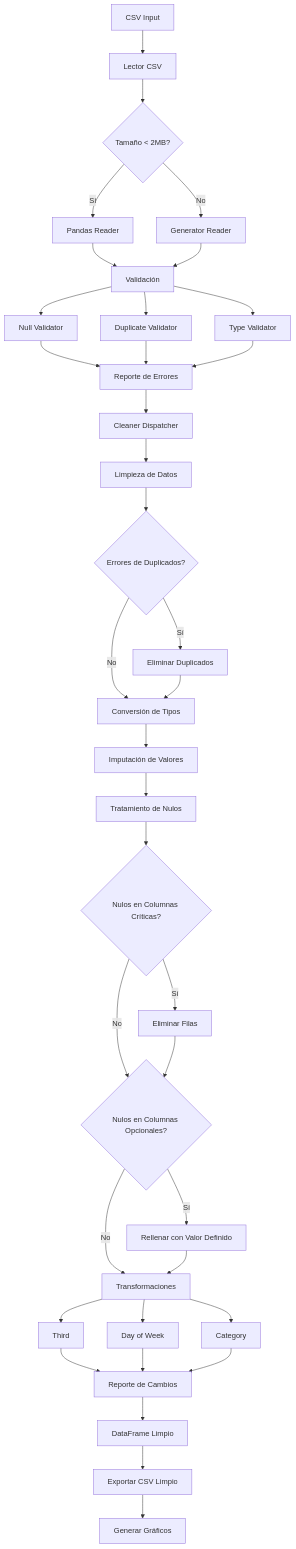
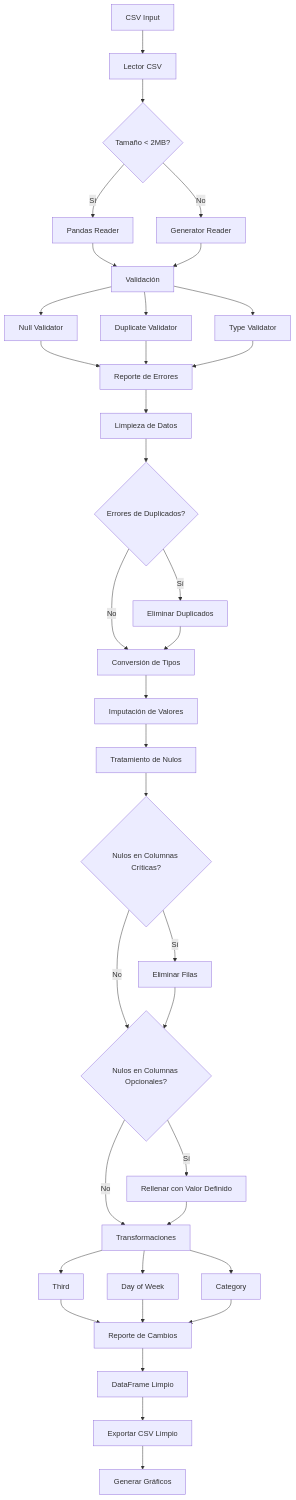
The diagram in README.md (820417/ProyectoEquipo5), drawn with Mermaid before and after one commit. The commit also changed other lines of this file, not shown here.

Commit message:
Correccion Readme

````diff
--- a/README.md
+++ b/README.md
@@ -85,51 +85,50 @@
 ```mermaid
 graph TD
     A[CSV Input] --> B[Lector CSV]
 
     B --> C{Tamaño < 2MB?}
     C -->|Sí| C1[Pandas Reader]
     C -->|No| C2[Generator Reader]
 
     C1 --> D[Validación]
     C2 --> D
 
     D --> D1[Null Validator]
     D --> D2[Duplicate Validator]
     D --> D3[Type Validator]
 
     D1 --> E[Reporte de Errores]
     D2 --> E
     D3 --> E
 
-    E --> F[Cleaner Dispatcher]
-    F --> G[Limpieza de Datos]
+    E --> F[Limpieza de Datos]
 
-    G --> H{Errores de Duplicados?}
+    F --> H{Errores de Duplicados?}
     H -->|Sí| H1[Eliminar Duplicados]
     H -->|No| I[Conversión de Tipos]
     H1 --> I
 
     I --> J[Imputación de Valores]
     J --> T[Tratamiento de Nulos]
 
     T --> K{Nulos en Columnas Críticas?}
     K -->|Sí| K1[Eliminar Filas]
     K -->|No| L{Nulos en Columnas Opcionales?}
     K1 --> L
 
     L -->|Sí| L1[Rellenar con Valor Definido]
     L -->|No| M[Transformaciones]
     L1 --> M
 
     M --> M1[Third]
     M --> M2[Day of Week]
     M --> M3[Category]
 
     M1 --> N[Reporte de Cambios]
     M2 --> N
     M3 --> N
 
     N --> O[DataFrame Limpio]
     O --> P[Exportar CSV Limpio]
     P --> Q[Generar Gráficos]
 ```
````
